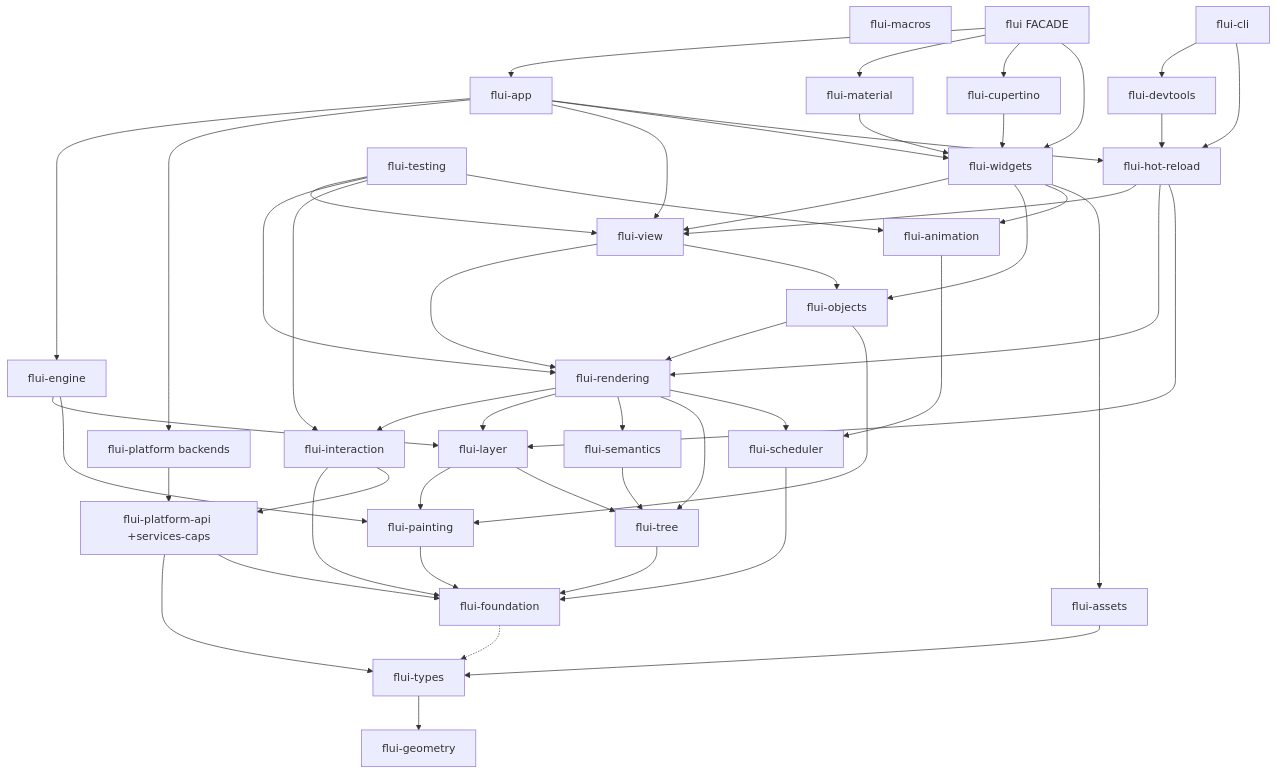
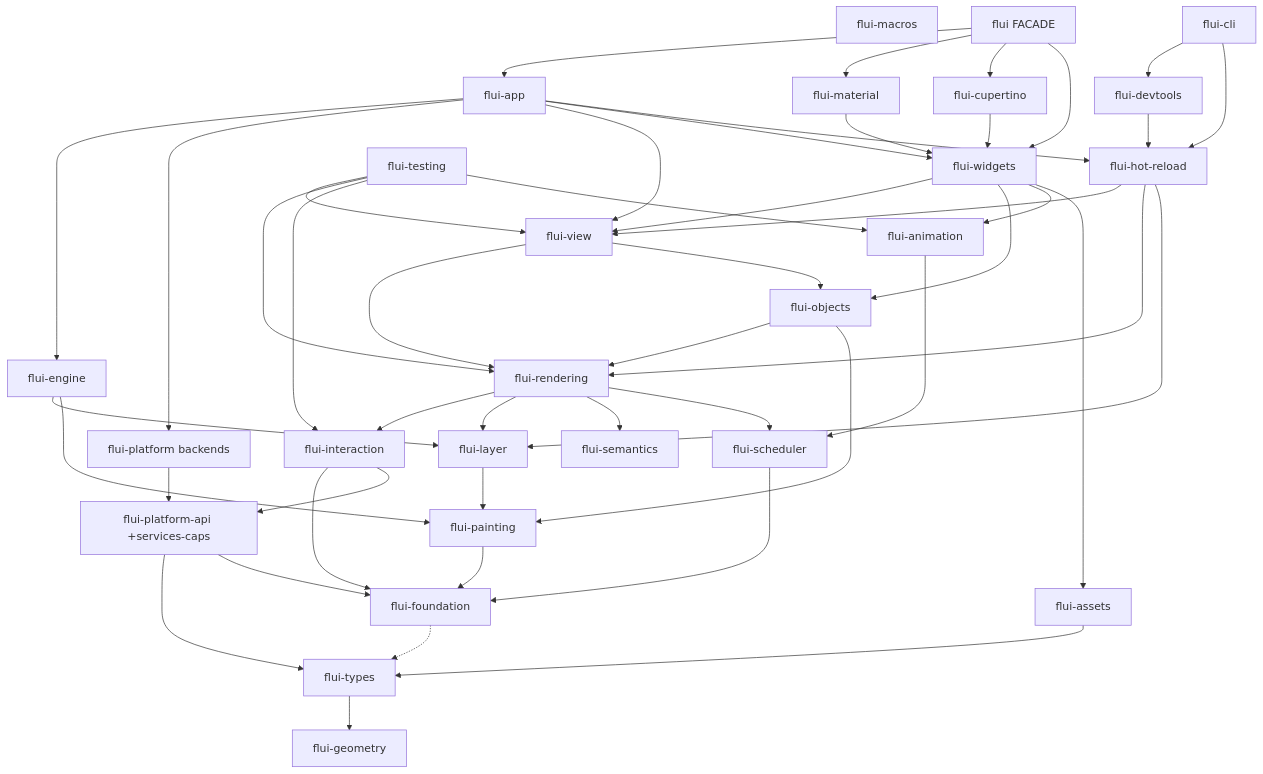
The diagram in docs/FOUNDATIONS.md (vanyastaff/flui), drawn with Mermaid before and after one commit. The commit also changed other lines of this file and 17 other files, not shown here.

First line of the commit message:
docs: flui-tree is deleted

````diff
--- a/docs/FOUNDATIONS.md
+++ b/docs/FOUNDATIONS.md
@@ -164,82 +164,77 @@
 ```mermaid
 graph TD
     geometry[flui-geometry]
     types[flui-types]
     foundation[flui-foundation]
     macros[flui-macros]
-    tree[flui-tree]
     platformapi[flui-platform-api +services-caps]
     platform[flui-platform backends]
     scheduler[flui-scheduler]
     painting[flui-painting]
     interaction[flui-interaction]
     assets[flui-assets]
     semantics[flui-semantics]
     layer[flui-layer]
     animation[flui-animation]
     engine[flui-engine]
     rendering[flui-rendering]
     objects[flui-objects]
     view[flui-view]
     devtools[flui-devtools]
     cli[flui-cli]
     hotreload[flui-hot-reload]
     widgets[flui-widgets]
     testing[flui-testing]
     material[flui-material]
     cupertino[flui-cupertino]
     app[flui-app]
     facade[flui FACADE]
 
     types --> geometry
     foundation -.-> types
-    tree --> foundation
     platformapi --> types
     platformapi --> foundation
     platform --> platformapi
     scheduler --> foundation
     painting --> foundation
     interaction --> foundation
     interaction --> platformapi
     assets --> types
-    semantics --> tree
     layer --> painting
-    layer --> tree
     animation --> scheduler
     engine --> layer
     engine --> painting
     rendering --> interaction
     rendering --> layer
     rendering --> semantics
-    rendering --> tree
     rendering --> scheduler
     objects --> rendering
     objects --> painting
     view --> rendering
     view --> objects
     widgets --> view
     widgets --> objects
     widgets --> animation
     widgets --> assets
     testing --> view
     testing --> rendering
     testing --> interaction
     testing --> animation
     hotreload --> view
     hotreload --> rendering
     hotreload --> layer
     material --> widgets
     cupertino --> widgets
     app --> engine
     app --> platform
     app --> view
     app --> widgets
     app --> hotreload
     devtools --> hotreload
     cli --> devtools
     cli --> hotreload
     facade --> app
     facade --> material
     facade --> cupertino
     facade --> widgets
 ```
````
